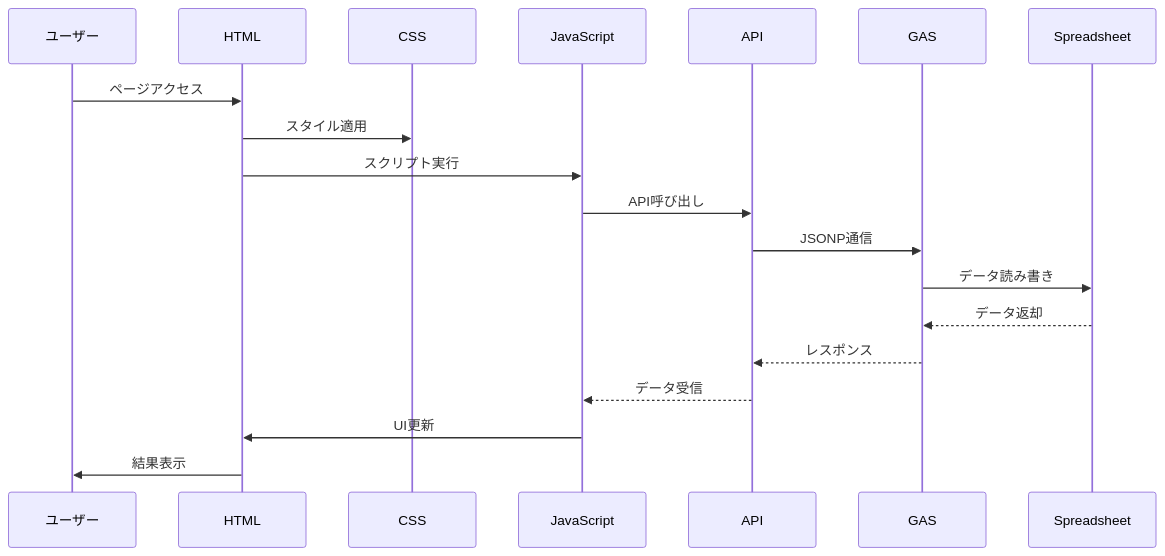
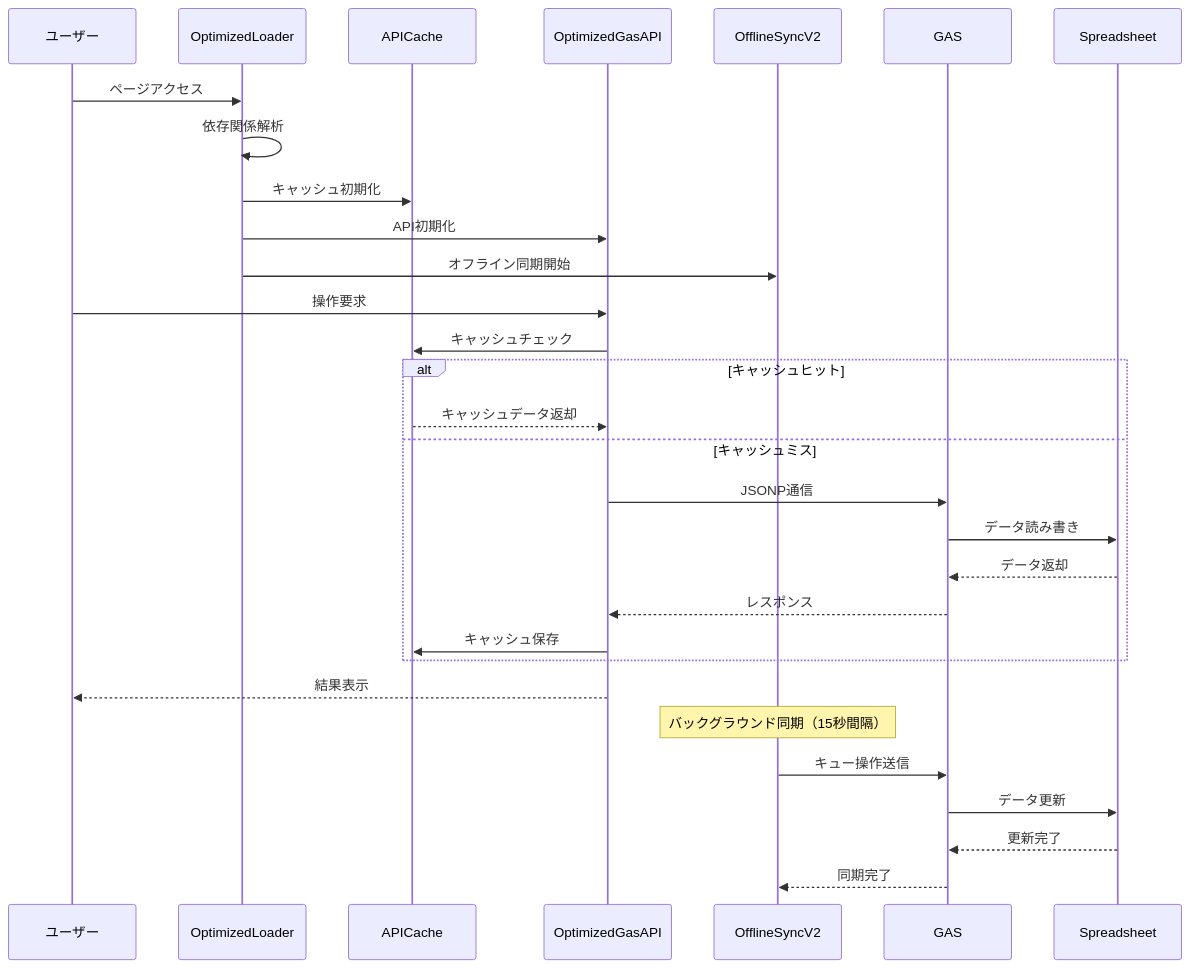
One commit to J105588/tickets-beta changed diagram 12 of 13 in README.md. Above: the diagram before and after it, drawn with Mermaid. The commit also changed other lines of this file and 14 other files, not shown here.

First line of the commit message:
Optimize caching and API handling for improved performance and offline support

````diff
--- a/README.md
+++ b/README.md
@@ -945,22 +1005,35 @@
 ```mermaid
 sequenceDiagram
     participant U as ユーザー
-    participant H as HTML
-    participant C as CSS
-    participant J as JavaScript
-    participant A as API
+    participant OL as OptimizedLoader
+    participant AC as APICache
+    participant OGA as OptimizedGasAPI
+    participant OS as OfflineSyncV2
     participant G as GAS
     participant S as Spreadsheet
     
-    U->>H: ページアクセス
-    H->>C: スタイル適用
-    H->>J: スクリプト実行
-    J->>A: API呼び出し
-    A->>G: JSONP通信
-    G->>S: データ読み書き
-    S-->>G: データ返却
-    G-->>A: レスポンス
-    A-->>J: データ受信
-    J->>H: UI更新
-    H->>U: 結果表示
+    U->>OL: ページアクセス
+    OL->>OL: 依存関係解析
+    OL->>AC: キャッシュ初期化
+    OL->>OGA: API初期化
+    OL->>OS: オフライン同期開始
+    
+    U->>OGA: 操作要求
+    OGA->>AC: キャッシュチェック
+    alt キャッシュヒット
+        AC-->>OGA: キャッシュデータ返却
+    else キャッシュミス
+        OGA->>G: JSONP通信
+        G->>S: データ読み書き
+        S-->>G: データ返却
+        G-->>OGA: レスポンス
+        OGA->>AC: キャッシュ保存
+    end
+    OGA-->>U: 結果表示
+    
+    Note over OS: バックグラウンド同期（15秒間隔）
+    OS->>G: キュー操作送信
+    G->>S: データ更新
+    S-->>G: 更新完了
+    G-->>OS: 同期完了
 ```
````
